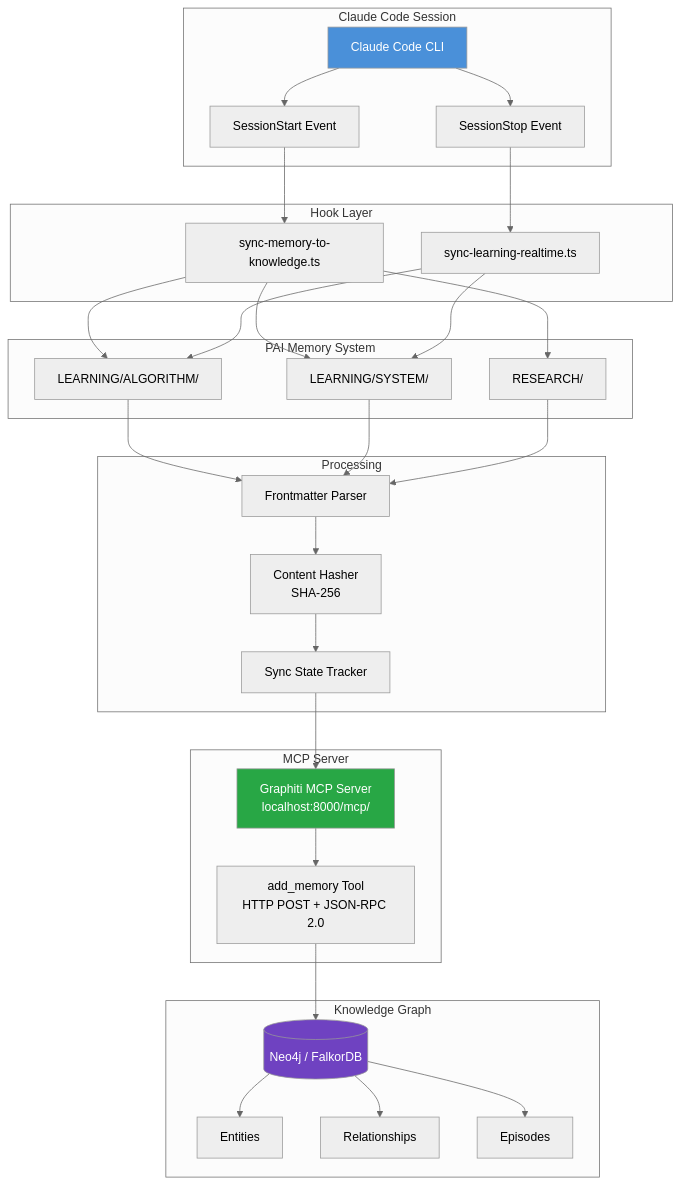
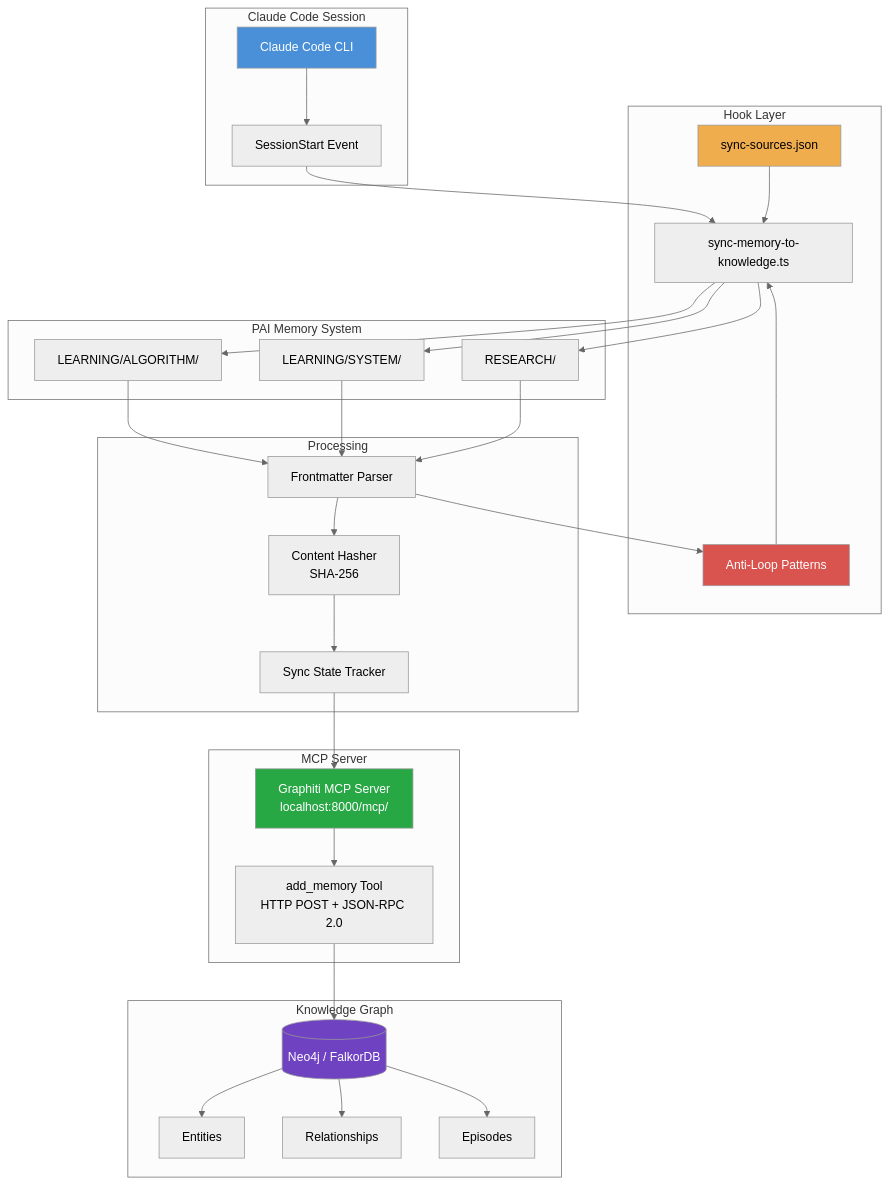
One commit to madeinoz67/madeinoz-knowledge-system changed the first of 2 diagrams in docs/concepts/hooks-integration.md. Above: the diagram before and after it, drawn with Mermaid (neutral theme). The commit also changed other lines of this file and 37 other files, not shown here.

````diff
--- a/docs/concepts/hooks-integration.md
+++ b/docs/concepts/hooks-integration.md
@@ -24,66 +56,67 @@
 ```mermaid
 graph TB
     subgraph "Claude Code Session"
         CC[Claude Code CLI]
         SS[SessionStart Event]
-        SP[SessionStop Event]
     end
 
     subgraph "Hook Layer"
         H1[sync-memory-to-knowledge.ts]
-        H2[sync-learning-realtime.ts]
+        CFG[sync-sources.json]
+        ALP[Anti-Loop Patterns]
     end
 
     subgraph "PAI Memory System"
         M1[LEARNING/ALGORITHM/]
         M2[LEARNING/SYSTEM/]
         M3[RESEARCH/]
     end
 
     subgraph "Processing"
         FP[Frontmatter Parser]
         CH[Content Hasher<br/>SHA-256]
         ST[Sync State Tracker]
     end
 
     subgraph "MCP Server"
         MCP[Graphiti MCP Server<br/>localhost:8000/mcp/]
         API[add_memory Tool<br/>HTTP POST + JSON-RPC 2.0]
     end
 
     subgraph "Knowledge Graph"
         DB[(Neo4j / FalkorDB)]
         ENT[Entities]
         REL[Relationships]
         EPI[Episodes]
     end
 
     CC --> SS
-    CC --> SP
     SS --> H1
-    SP --> H2
+    CFG --> H1
+    ALP --> H1
 
     H1 --> M1
     H1 --> M2
     H1 --> M3
-    H2 --> M1
-    H2 --> M2
 
     M1 --> FP
     M2 --> FP
     M3 --> FP
 
     FP --> CH
+    FP --> ALP
     CH --> ST
     ST --> MCP
     MCP --> API
     API --> DB
 
     DB --> ENT
     DB --> REL
     DB --> EPI
 
     style CC fill:#4a90d9,color:#fff
     style MCP fill:#28a745,color:#fff
     style DB fill:#6f42c1,color:#fff
+    style CFG fill:#f0ad4e,color:#000
+    style ALP fill:#d9534f,color:#fff
 ```
````
